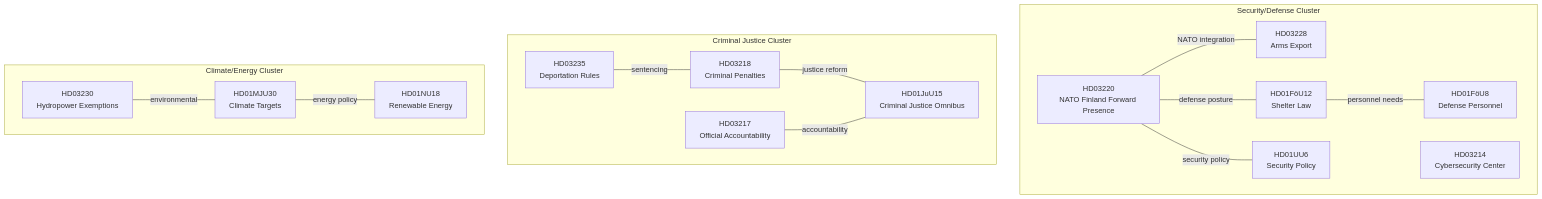
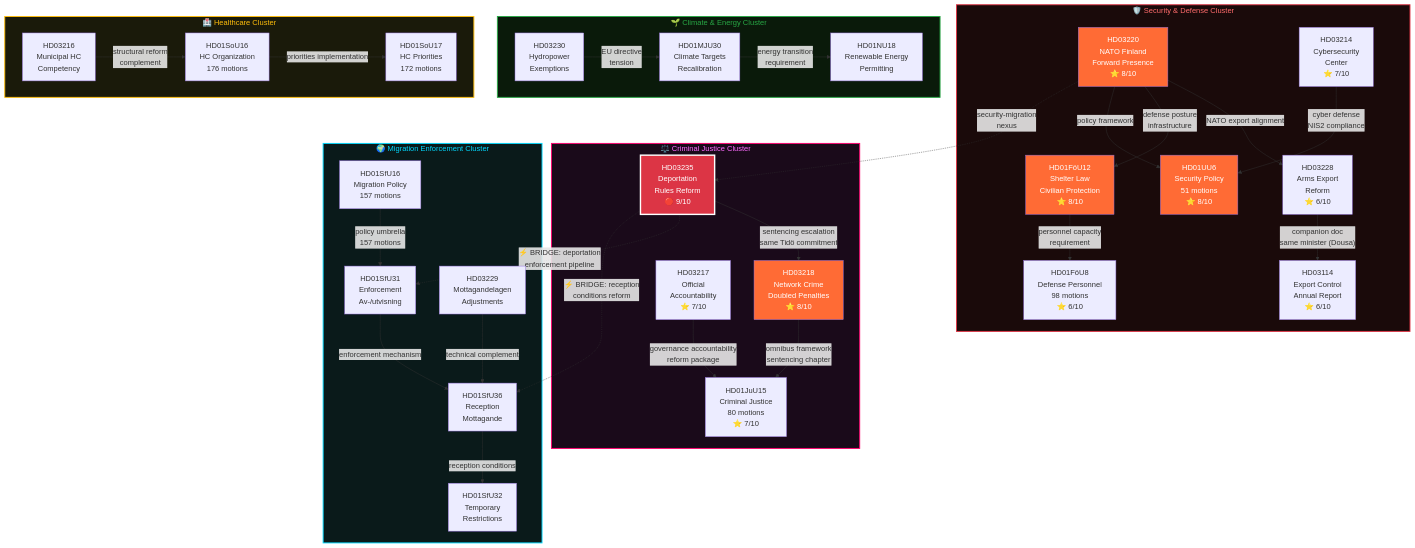
One commit to Hack23/riksdagsmonitor changed the diagram in analysis/daily/2026-04-11/weekly-review/cross-reference-map.md. Above: the diagram before and after it, drawn with Mermaid. The commit also changed other lines of this file and 3 other files, not shown here.

````diff
--- a/analysis/daily/2026-04-11/weekly-review/cross-reference-map.md
+++ b/analysis/daily/2026-04-11/weekly-review/cross-reference-map.md
@@ -14,31 +19,78 @@
 ```mermaid
 graph TD
-    subgraph "Security/Defense Cluster"
-        HD03220["HD03220<br/>NATO Finland Forward Presence"]
-        FOU12["HD01FöU12<br/>Shelter Law"]
-        UU6["HD01UU6<br/>Security Policy"]
-        FOU8["HD01FöU8<br/>Defense Personnel"]
-        HD03214["HD03214<br/>Cybersecurity Center"]
-        HD03228["HD03228<br/>Arms Export"]
+    subgraph SEC["🛡️ Security & Defense Cluster"]
+        style SEC fill:#1a0a0a,color:#ff6b6b,stroke:#dc3545,stroke-width:2px
+        HD03220["HD03220<br/>NATO Finland<br/>Forward Presence<br/>⭐ 8/10"]
+        HD01FOU12["HD01FöU12<br/>Shelter Law<br/>Civilian Protection<br/>⭐ 8/10"]
+        HD01UU6["HD01UU6<br/>Security Policy<br/>51 motions<br/>⭐ 8/10"]
+        HD01FOU8["HD01FöU8<br/>Defense Personnel<br/>98 motions<br/>⭐ 6/10"]
+        HD03214["HD03214<br/>Cybersecurity<br/>Center<br/>⭐ 7/10"]
+        HD03228["HD03228<br/>Arms Export<br/>Reform<br/>⭐ 6/10"]
+        HD03114["HD03114<br/>Export Control<br/>Annual Report<br/>⭐ 6/10"]
     end
-    subgraph "Criminal Justice Cluster"
-        HD03235["HD03235<br/>Deportation Rules"]
-        HD03218["HD03218<br/>Criminal Penalties"]
-        HD03217["HD03217<br/>Official Accountability"]
-        JUU15["HD01JuU15<br/>Criminal Justice Omnibus"]
+
+    subgraph CJ["⚖️ Criminal Justice Cluster"]
+        style CJ fill:#1a0a1a,color:#ff6bff,stroke:#ff006e,stroke-width:2px
+        HD03235["HD03235<br/>Deportation<br/>Rules Reform<br/>🔴 9/10"]
+        HD03218["HD03218<br/>Network Crime<br/>Doubled Penalties<br/>⭐ 8/10"]
+        HD03217["HD03217<br/>Official<br/>Accountability<br/>⭐ 7/10"]
+        HD01JUU15["HD01JuU15<br/>Criminal Justice<br/>80 motions<br/>⭐ 7/10"]
     end
-    subgraph "Climate/Energy Cluster"
-        MJU30["HD01MJU30<br/>Climate Targets"]
-        NU18["HD01NU18<br/>Renewable Energy"]
-        HD03230["HD03230<br/>Hydropower Exemptions"]
+
+    subgraph MIG["🌍 Migration Enforcement Cluster"]
+        style MIG fill:#0a1a1a,color:#00d9ff,stroke:#00d9ff,stroke-width:2px
+        HD01SFU31["HD01SfU31<br/>Enforcement<br/>Av-/utvisning"]
+        HD01SFU36["HD01SfU36<br/>Reception<br/>Mottagande"]
+        HD01SFU32["HD01SfU32<br/>Temporary<br/>Restrictions"]
+        HD01SFU16["HD01SfU16<br/>Migration Policy<br/>157 motions"]
+        HD03229["HD03229<br/>Mottagandelagen<br/>Adjustments"]
     end
-    HD03220 ---|"NATO integration"| HD03228
-    HD03220 ---|"defense posture"| FOU12
-    HD03220 ---|"security policy"| UU6
-    FOU12 ---|"personnel needs"| FOU8
-    HD03235 ---|"sentencing"| HD03218
-    HD03218 ---|"justice reform"| JUU15
-    HD03217 ---|"accountability"| JUU15
-    MJU30 ---|"energy policy"| NU18
-    HD03230 ---|"environmental"| MJU30
+
+    subgraph CE["🌱 Climate & Energy Cluster"]
+        style CE fill:#0a1a0a,color:#28a745,stroke:#28a745,stroke-width:2px
+        HD01MJU30["HD01MJU30<br/>Climate Targets<br/>Recalibration"]
+        HD01NU18["HD01NU18<br/>Renewable Energy<br/>Permitting"]
+        HD03230["HD03230<br/>Hydropower<br/>Exemptions"]
+    end
+
+    subgraph HC["🏥 Healthcare Cluster"]
+        style HC fill:#1a1a0a,color:#ffbe0b,stroke:#ffbe0b,stroke-width:2px
+        HD03216["HD03216<br/>Municipal HC<br/>Competency"]
+        HD01SOU16["HD01SoU16<br/>HC Organization<br/>176 motions"]
+        HD01SOU17["HD01SoU17<br/>HC Priorities<br/>172 motions"]
+    end
+
+    %% Security internal links
+    HD03220 -->|"NATO export alignment"| HD03228
+    HD03220 -->|"defense posture<br/>infrastructure"| HD01FOU12
+    HD03220 -->|"policy framework"| HD01UU6
+    HD01FOU12 -->|"personnel capacity<br/>requirement"| HD01FOU8
+    HD03228 -->|"companion doc<br/>same minister (Dousa)"| HD03114
+    HD03214 -->|"cyber defense<br/>NIS2 compliance"| HD01UU6
+
+    %% Criminal Justice internal links
+    HD03235 -->|"sentencing escalation<br/>same Tidö commitment"| HD03218
+    HD03218 -->|"omnibus framework<br/>sentencing chapter"| HD01JUU15
+    HD03217 -->|"governance accountability<br/>reform package"| HD01JUU15
+
+    %% Migration internal links
+    HD01SFU31 -->|"enforcement mechanism"| HD01SFU36
+    HD01SFU36 -->|"reception conditions"| HD01SFU32
+    HD03229 -->|"technical complement"| HD01SFU36
+    HD01SFU16 -->|"policy umbrella<br/>157 motions"| HD01SFU31
+
+    %% Cross-cluster links
+    HD03235 -.->|"⚡ BRIDGE: deportation<br/>enforcement pipeline"| HD01SFU31
+    HD03235 -.->|"⚡ BRIDGE: reception<br/>conditions reform"| HD01SFU36
+    HD03220 -.->|"security-migration<br/>nexus"| HD03235
+    HD01MJU30 -->|"energy transition<br/>requirement"| HD01NU18
+    HD03230 -->|"EU directive<br/>tension"| HD01MJU30
+    HD03216 -->|"structural reform<br/>complement"| HD01SOU16
+    HD01SOU16 -->|"priorities implementation"| HD01SOU17
+
+    style HD03235 fill:#dc3545,color:#fff,stroke:#fff,stroke-width:3px
+    style HD03220 fill:#ff6b35,color:#fff
+    style HD03218 fill:#ff6b35,color:#fff
+    style HD01FOU12 fill:#ff6b35,color:#fff
+    style HD01UU6 fill:#ff6b35,color:#fff
 ```
````
